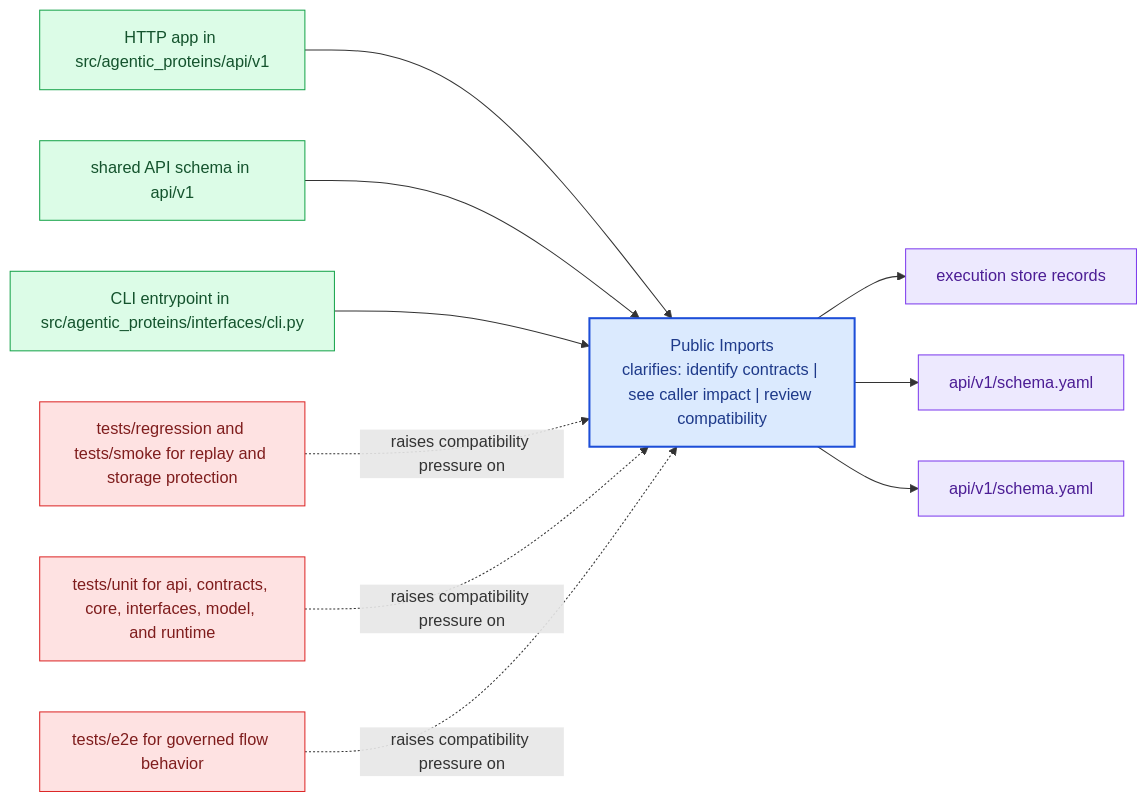
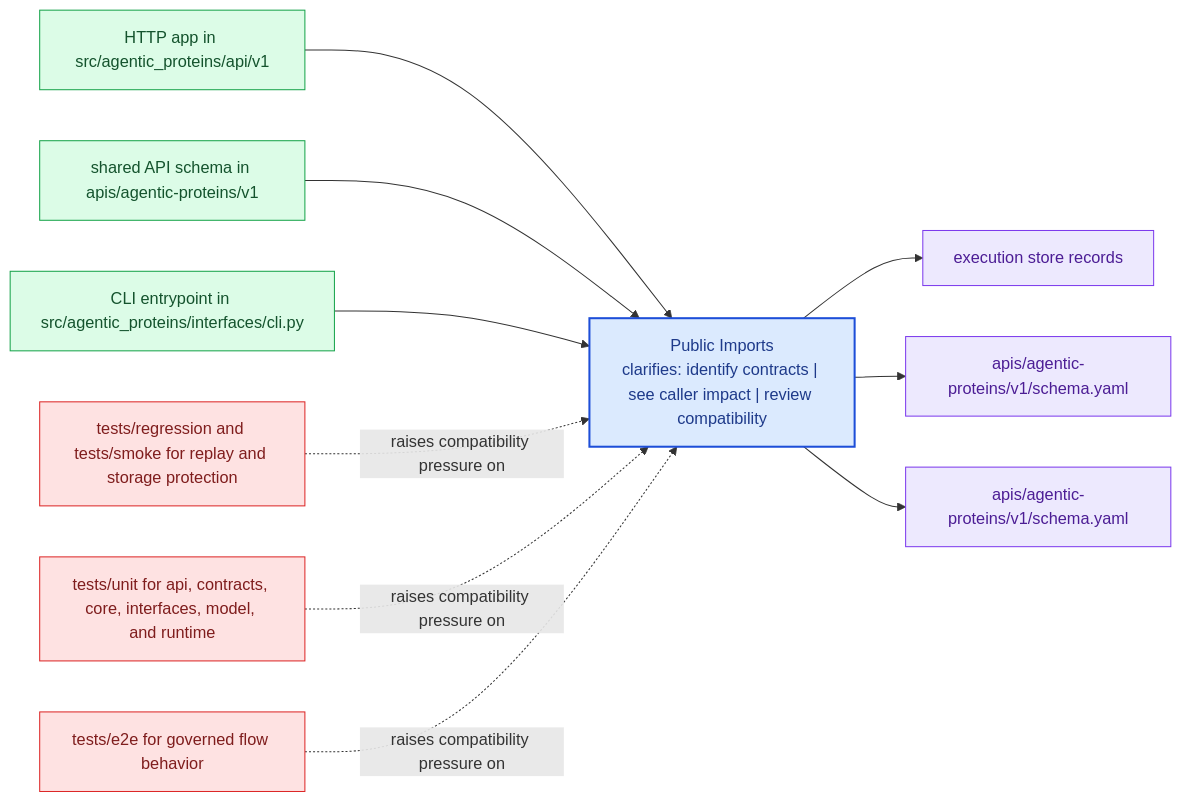
Before and after one commit to bijux/bijux-proteomics: the diagram in docs/agentic-proteins/interfaces/public-imports.md, drawn with Mermaid. The commit also changed other lines of this file and 15 other files, not shown here.

Commit message:
docs(api): migrate schema references to apis contract tree

````diff
--- a/docs/agentic-proteins/interfaces/public-imports.md
+++ b/docs/agentic-proteins/interfaces/public-imports.md
@@ -23,31 +23,31 @@
 ```mermaid
 flowchart LR
     page["Public Imports<br/>clarifies: identify contracts | see caller impact | review compatibility"]
     classDef page fill:#dbeafe,stroke:#1d4ed8,color:#1e3a8a,stroke-width:2px;
     classDef positive fill:#dcfce7,stroke:#16a34a,color:#14532d;
     classDef caution fill:#fee2e2,stroke:#dc2626,color:#7f1d1d;
     classDef anchor fill:#ede9fe,stroke:#7c3aed,color:#4c1d95;
     classDef action fill:#fef3c7,stroke:#d97706,color:#7c2d12;
     surface1["HTTP app in src/agentic_proteins/api/v1"]
     surface1 --> page
-    surface2["shared API schema in api/v1"]
+    surface2["shared API schema in apis/agentic-proteins/v1"]
     surface2 --> page
     surface3["CLI entrypoint in src/agentic_proteins/interfaces/cli.py"]
     surface3 --> page
     proof1["execution store records"]
     page --> proof1
-    proof2["api/v1/schema.yaml"]
+    proof2["apis/agentic-proteins/v1/schema.yaml"]
     page --> proof2
-    proof3["api/v1/schema.yaml"]
+    proof3["apis/agentic-proteins/v1/schema.yaml"]
     page --> proof3
     review1["tests/regression and tests/smoke for replay and storage protection"]
     review1 -.raises compatibility pressure on.-> page
     review2["tests/unit for api, contracts, core, interfaces, model, and runtime"]
     review2 -.raises compatibility pressure on.-> page
     review3["tests/e2e for governed flow behavior"]
     review3 -.raises compatibility pressure on.-> page
     class page page;
     class surface1,surface2,surface3 positive;
     class proof1,proof2,proof3 anchor;
     class review1,review2,review3 caution;
 ```
````
